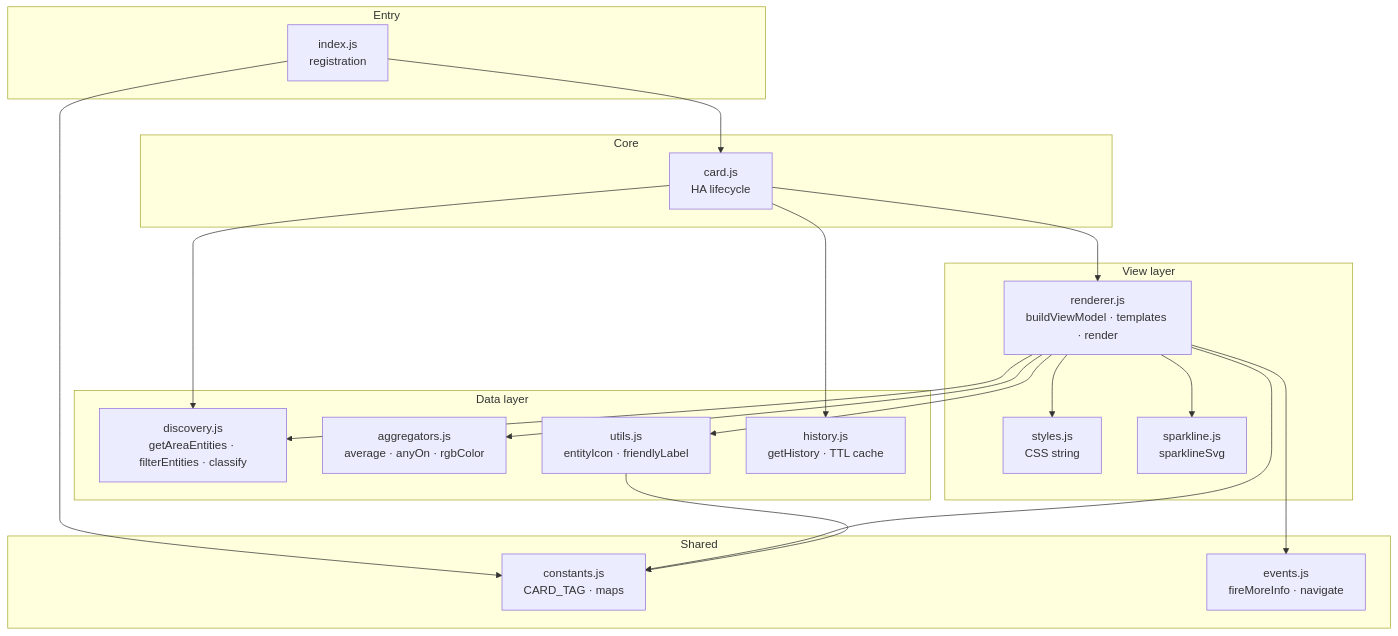
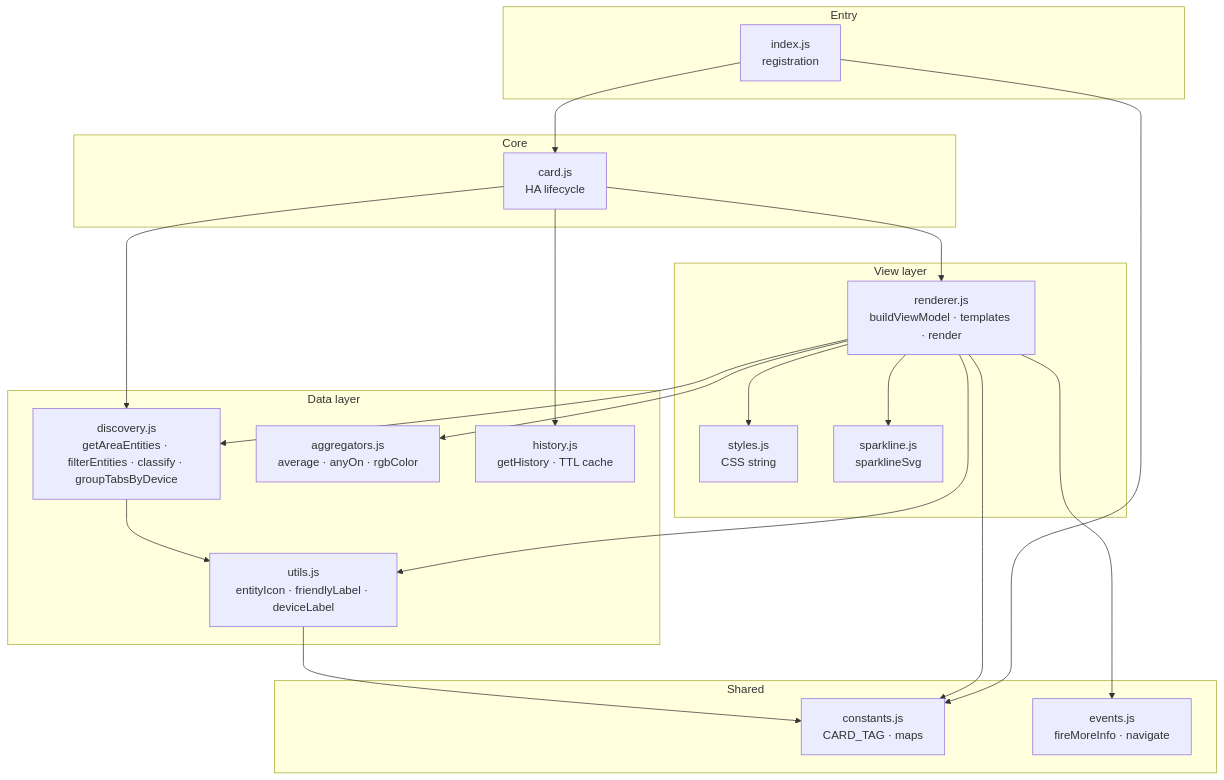
One commit to darknessnerd/hass-omnibus-card changed the first of 3 diagrams in DEVELOPMENT.md. Above: the diagram before and after it, drawn with Mermaid. The commit also changed other lines of this file and 15 other files, not shown here.

Commit message:
feat: group by entities

````diff
--- a/DEVELOPMENT.md
+++ b/DEVELOPMENT.md
@@ -26,45 +26,46 @@
 ```mermaid
 graph TD
   subgraph entry["Entry"]
     index["index.js\nregistration"]
   end
 
   subgraph core["Core"]
     card["card.js\nHA lifecycle"]
   end
 
   subgraph view["View layer"]
     renderer["renderer.js\nbuildViewModel · templates · render"]
     styles["styles.js\nCSS string"]
     sparkline["sparkline.js\nsparklineSvg"]
   end
 
   subgraph data["Data layer"]
-    discovery["discovery.js\ngetAreaEntities · filterEntities · classify"]
+    discovery["discovery.js\ngetAreaEntities · filterEntities · classify · groupTabsByDevice"]
     aggregators["aggregators.js\naverage · anyOn · rgbColor"]
-    utils["utils.js\nentityIcon · friendlyLabel"]
+    utils["utils.js\nentityIcon · friendlyLabel · deviceLabel"]
     history["history.js\ngetHistory · TTL cache"]
   end
 
   subgraph shared["Shared"]
     constants["constants.js\nCARD_TAG · maps"]
     events["events.js\nfireMoreInfo · navigate"]
   end
 
   index --> card
   index --> constants
 
   card --> discovery
   card --> renderer
   card --> history
 
   renderer --> styles
   renderer --> constants
   renderer --> discovery
   renderer --> aggregators
   renderer --> utils
   renderer --> events
   renderer --> sparkline
 
+  discovery --> utils
   utils --> constants
 ```
````
